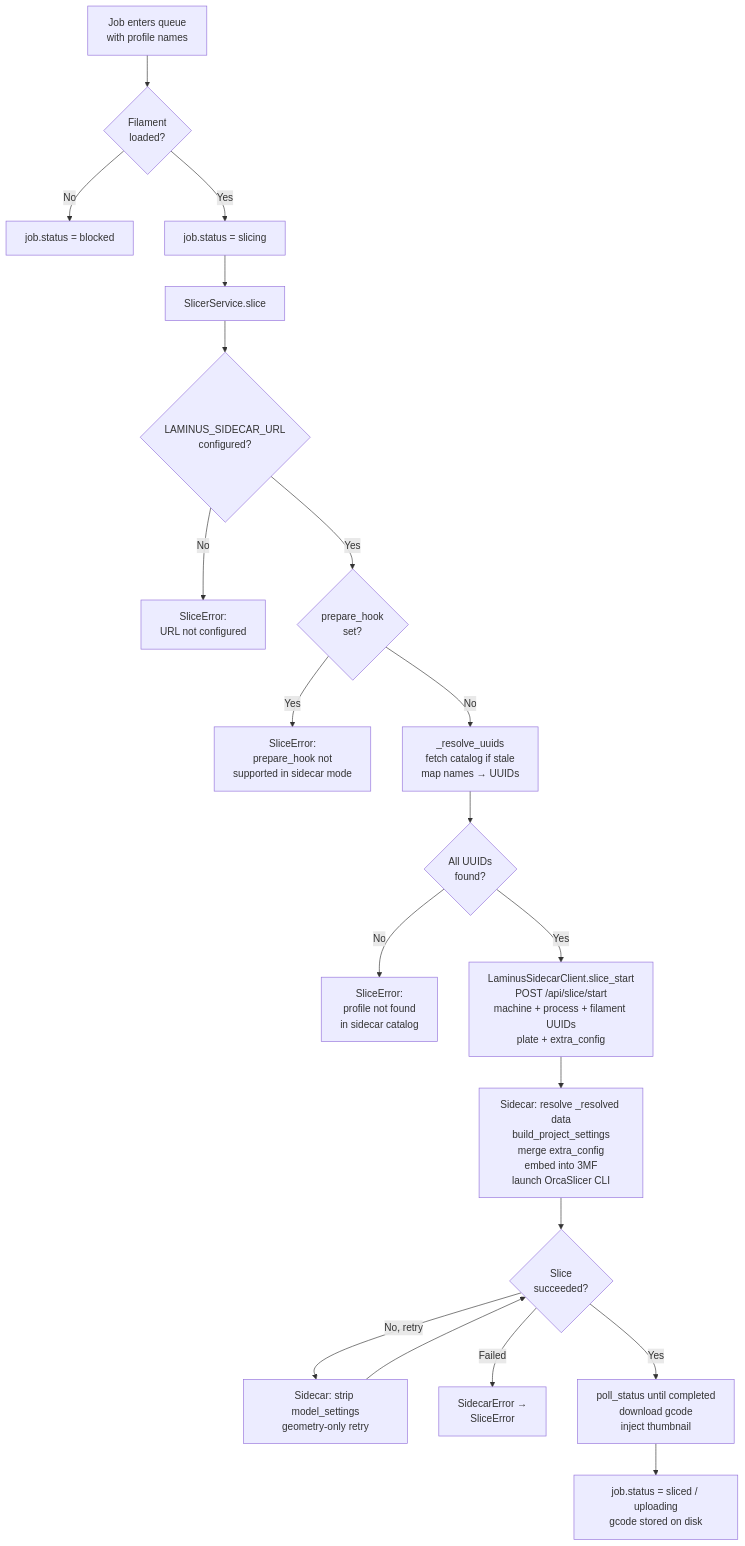
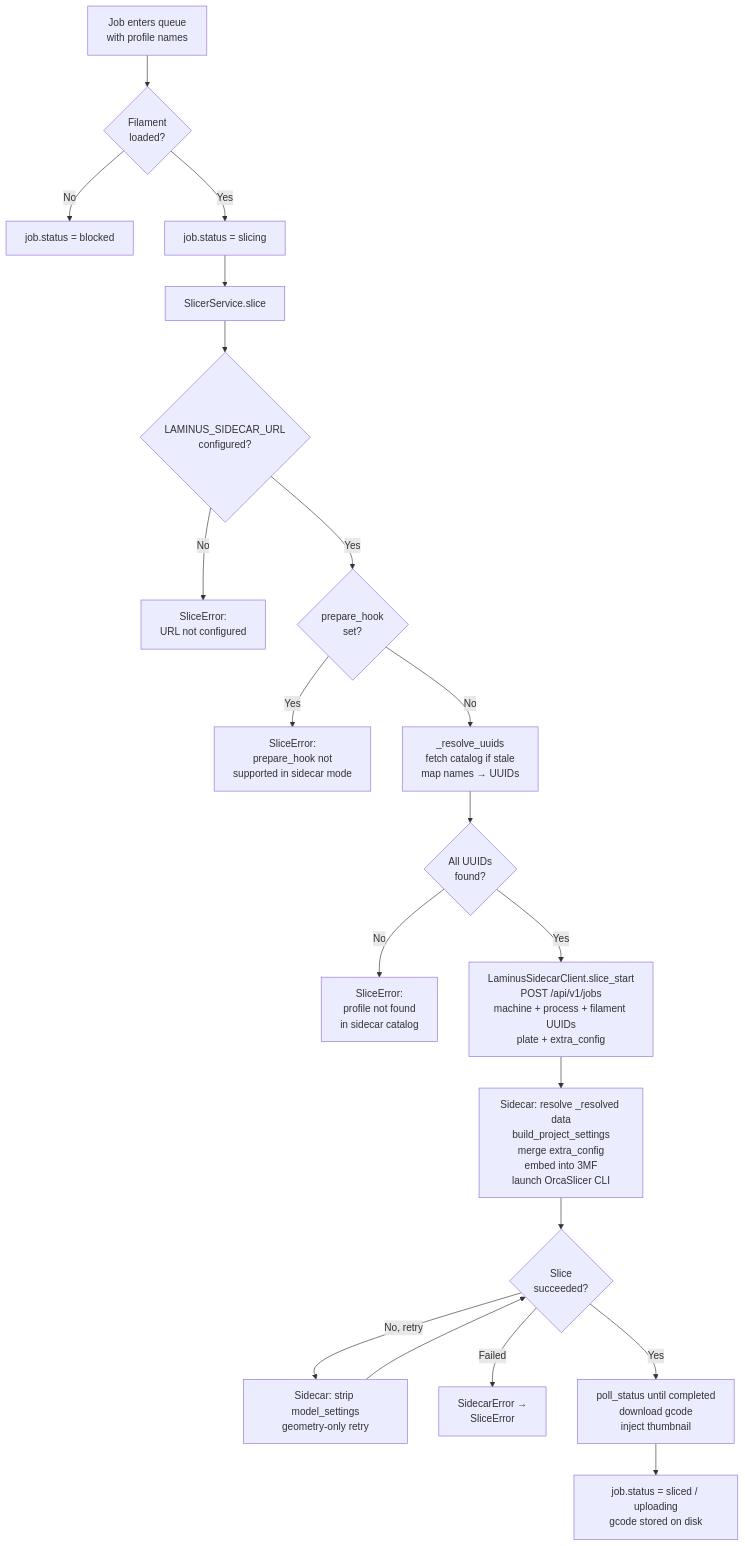
The ninth of 9 diagrams in docs/slicing-flow.md (mgomezdev/concordia), drawn with Mermaid before and after one commit. The commit also changed other lines of this file and 8 other files, not shown here.

First line of the commit message:
chore: move Laminus healthchecks and docs to /api/v1 (BIZ-332)

````diff
--- a/docs/slicing-flow.md
+++ b/docs/slicing-flow.md
@@ -300,31 +300,31 @@
 ```mermaid
 flowchart TD
     A[Job enters queue\nwith profile names] --> B{Filament\nloaded?}
     B -- No --> C[job.status = blocked]
     B -- Yes --> D[job.status = slicing]
 
     D --> E[SlicerService.slice]
 
     E --> F{LAMINUS_SIDECAR_URL\nconfigured?}
     F -- No --> FAIL1[SliceError:\nURL not configured]
 
     F -- Yes --> G{prepare_hook\nset?}
     G -- Yes --> FAIL2[SliceError:\nprepare_hook not\nsupported in sidecar mode]
 
     G -- No --> H[_resolve_uuids\nfetch catalog if stale\nmap names → UUIDs]
 
     H --> I{All UUIDs\nfound?}
     I -- No --> FAIL3[SliceError:\nprofile not found\nin sidecar catalog]
 
-    I -- Yes --> J[LaminusSidecarClient.slice_start\nPOST /api/slice/start\nmachine + process + filament UUIDs\nplate + extra_config]
+    I -- Yes --> J[LaminusSidecarClient.slice_start\nPOST /api/v1/jobs\nmachine + process + filament UUIDs\nplate + extra_config]
 
     J --> K[Sidecar: resolve _resolved data\nbuild_project_settings\nmerge extra_config\nembed into 3MF\nlaunch OrcaSlicer CLI]
 
     K --> L{Slice\nsucceeded?}
     L -- No, retry --> M[Sidecar: strip model_settings\ngeometry-only retry]
     M --> L
     L -- Failed --> FAIL4[SidecarError →\nSliceError]
     L -- Yes --> N[poll_status until completed\ndownload gcode\ninject thumbnail]
 
     N --> O[job.status = sliced / uploading\ngcode stored on disk]
 ```
````
